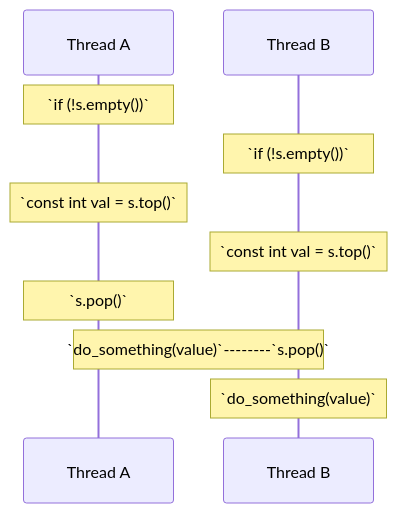
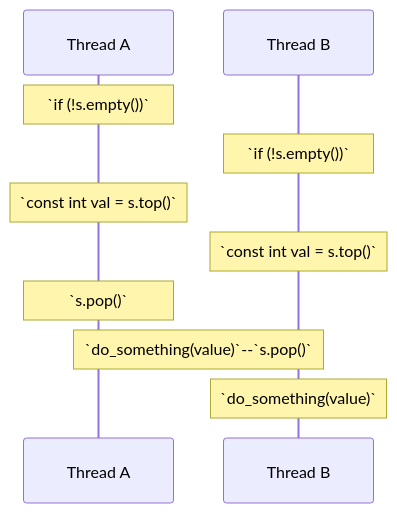
Before and after one commit to ITHelpDec/CPP-Concurrency-in-Action: the second of 2 diagrams in Chapter 03 - Sharing data between threads/README.md, drawn with Mermaid. The commit also changed other lines of this file, not shown here.

````diff
--- a/Chapter 03 - Sharing data between threads/README.md
+++ b/Chapter 03 - Sharing data between threads/README.md
@@ -82,12 +82,12 @@
 ```mermaid
 sequenceDiagram
     participant A as Thread A
     participant B as Thread B
     Note over A: `if (!s.empty())`
     Note over B: `if (!s.empty())`
     Note over A: `const int val = s.top()`
     Note over B: `const int val = s.top()`
     Note over A: `s.pop()`
-    Note over A, B: `do_something(value)`--------`s.pop()`
+    Note over A, B: `do_something(value)`--`s.pop()`
     Note over B: `do_something(value)`
 ```
````
